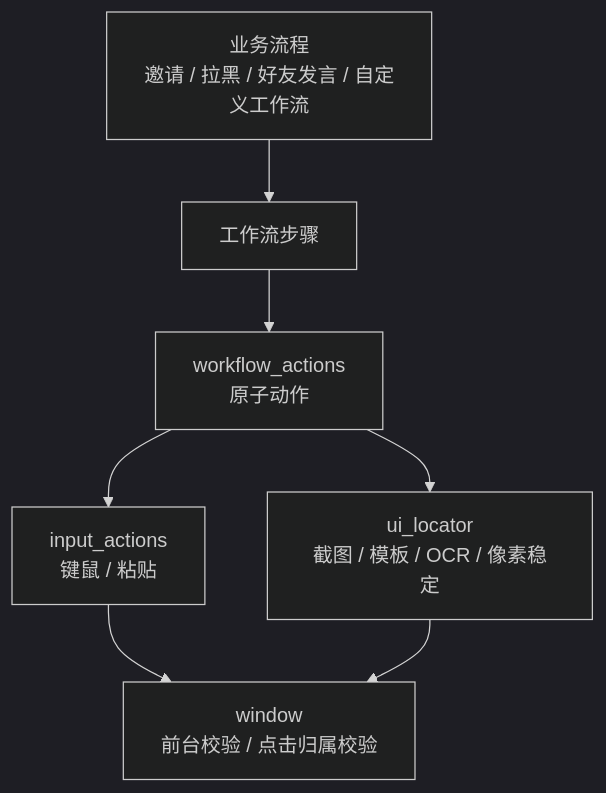
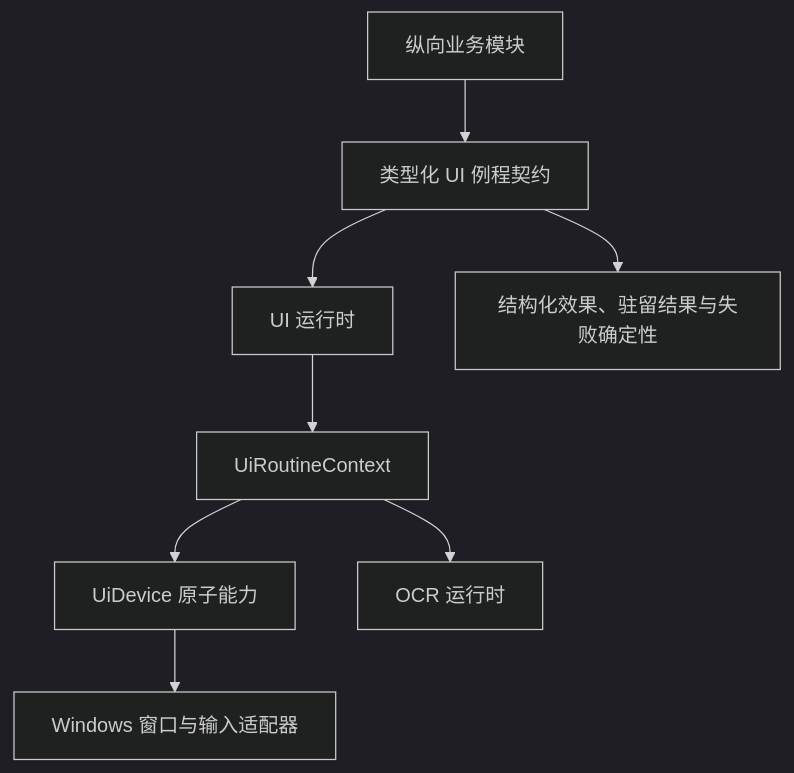
One commit to XingNian-www/Miliastra-Wonderland-Music changed the diagram in docs/ui-automation-atoms.md. Above: the diagram before and after it, drawn with Mermaid (dark theme). The commit also changed other lines of this file and 105 other files, not shown here.

Commit message:
refactor: finish v2 architecture migration

````diff
--- a/docs/ui-automation-atoms.md
+++ b/docs/ui-automation-atoms.md
@@ -17,9 +13,10 @@
 ```mermaid
 flowchart TD
-    A["业务流程<br/>邀请 / 拉黑 / 好友发言 / 自定义工作流"] --> B["工作流步骤"]
-    B --> C["workflow_actions<br/>原子动作"]
-    C --> D["input_actions<br/>键鼠 / 粘贴"]
-    C --> E["ui_locator<br/>截图 / 模板 / OCR / 像素稳定"]
-    D --> F["window<br/>前台校验 / 点击归属校验"]
-    E --> F
+    A["纵向业务模块"] --> B["类型化 UI 例程契约"]
+    B --> C["UI 运行时"]
+    C --> D["UiRoutineContext"]
+    D --> E["UiDevice 原子能力"]
+    E --> F["Windows 窗口与输入适配器"]
+    D --> G["OCR 运行时"]
+    B --> H["结构化效果、驻留结果与失败确定性"]
 ```
````
